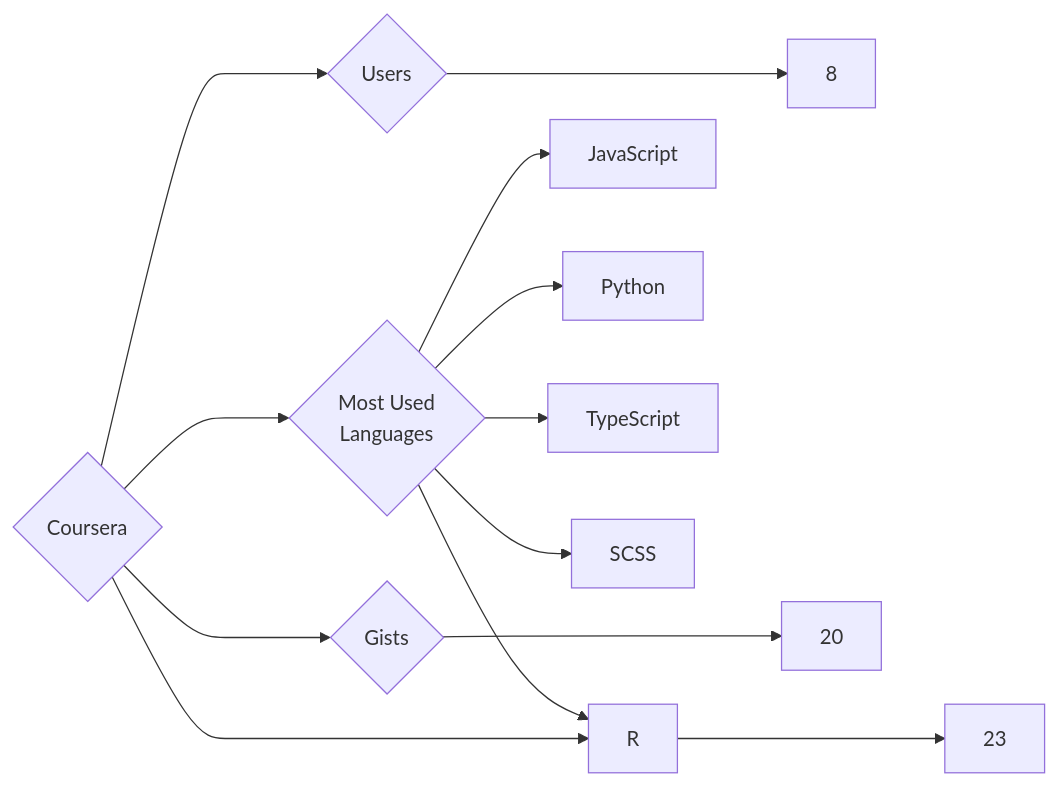
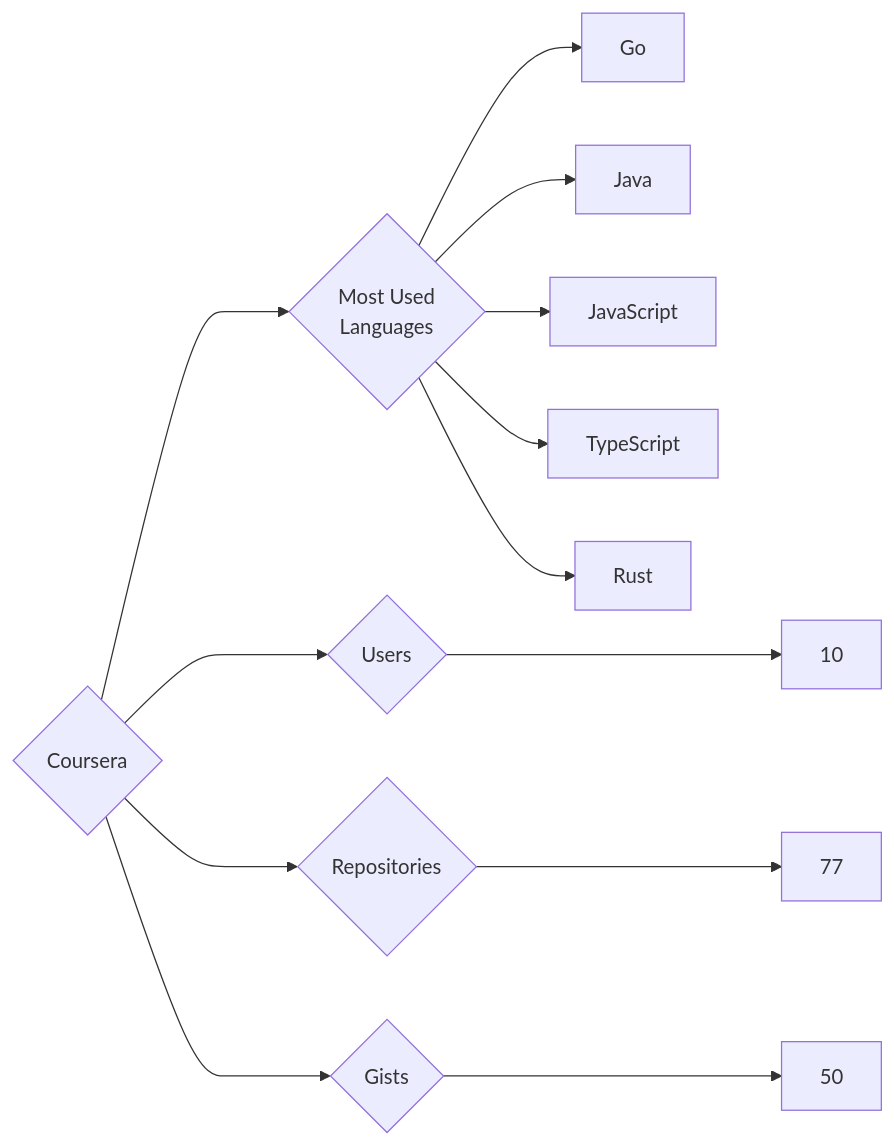
One commit to trickest/insiders changed the diagram in targets/Coursera/README.md. Above: the diagram before and after it, drawn with Mermaid. The commit also changed 750 other files, not shown here.

````diff
--- a/targets/Coursera/README.md
+++ b/targets/Coursera/README.md
@@ -3,13 +3,13 @@
 ```mermaid
 graph LR
 COMPANY_NAME{Coursera}
-COMPANY_NAME ---> U{Users} ---> UN[8]
-COMPANY_NAME ---> R{Repositories} ---> RN[23]
-COMPANY_NAME ---> G{Gists} ---> GN[20]
+COMPANY_NAME ---> U{Users} ---> UN[10]
+COMPANY_NAME ---> R{Repositories} ---> RN[77]
+COMPANY_NAME ---> G{Gists} ---> GN[50]
 COMPANY_NAME ---> ML{Most Used<br>Languages}
+ML --> Go[Go]
+ML --> Java[Java]
 ML --> JavaScript[JavaScript]
-ML --> Python[Python]
 ML --> TypeScript[TypeScript]
-ML --> R[R]
-ML --> SCSS[SCSS]
+ML --> Rust[Rust]
 ```
````
